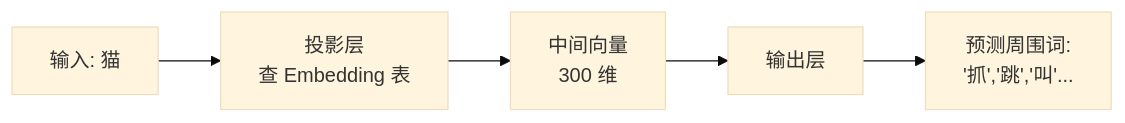
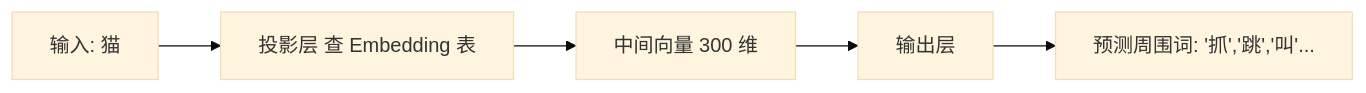
Before and after one commit to fuzhengwei/CodeGuide: diagram 17 of 32 in docs/md/ai/ai-llm.md, drawn with Mermaid (base theme). The commit also changed other lines of this file, not shown here.

````diff
--- a/docs/md/ai/ai-llm.md
+++ b/docs/md/ai/ai-llm.md
@@ -558,7 +558,7 @@
 ```mermaid
 graph LR
-    A["输入: 猫"] --> B["投影层<br/>查 Embedding 表"]
-    B --> C["中间向量<br/>300 维"]
+    A["输入: 猫"] --> B["投影层 查 Embedding 表"]
+    B --> C["中间向量 300 维"]
     C --> D[输出层]
-    D --> E["预测周围词:<br/>'抓','跳','叫'..."]
+    D --> E["预测周围词: '抓','跳','叫'..."]
 ```
````
